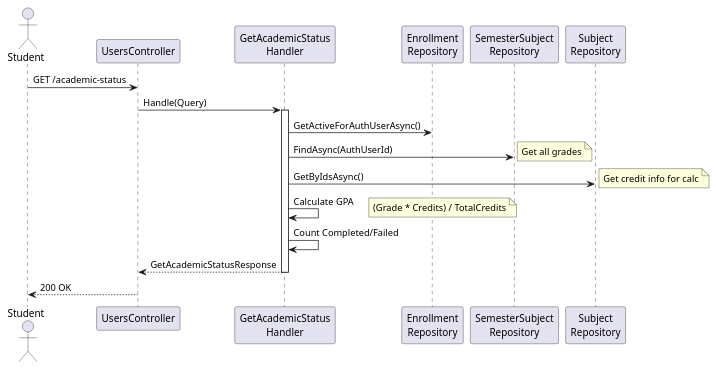
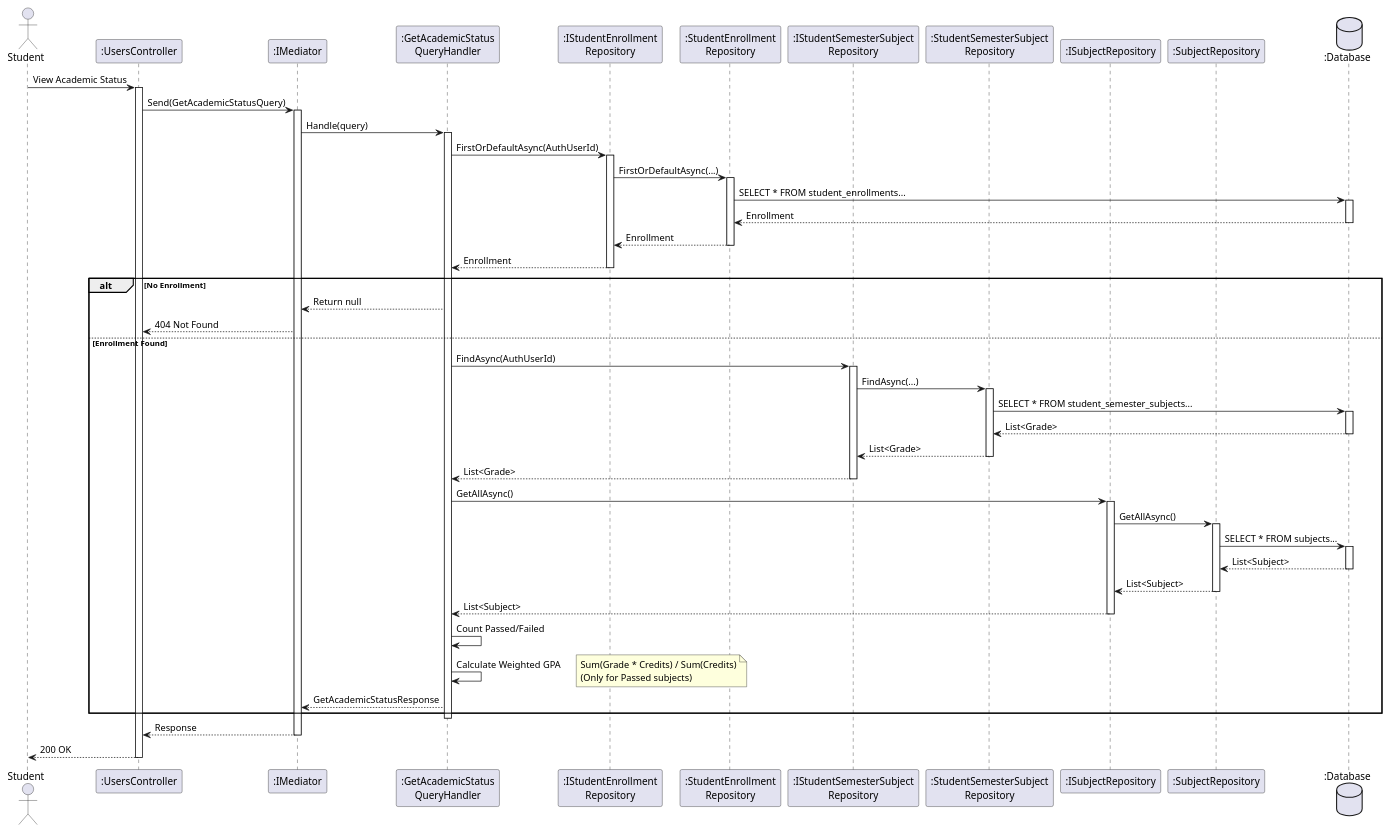
Before and after one commit to FA25SE050-RogueLearn/RogueLearn.BMAD.Documentation: the diagram in docs/srs/diagrams/sequence-diagram/user-progress-statistic/get-academic-status-seq.puml, drawn with PlantUML. The commit also changed other lines of this file and 21 other files, not shown here.

```diff
--- a/docs/srs/diagrams/sequence-diagram/user-progress-statistic/get-academic-status-seq.puml
+++ b/docs/srs/diagrams/sequence-diagram/user-progress-statistic/get-academic-status-seq.puml
@@ -2,30 +1,86 @@
 @startuml
 actor Student
-participant "UsersController" as Controller
-participant "GetAcademicStatus\nHandler" as Handler
-participant "Enrollment\nRepository" as EnrollDB
-participant "SemesterSubject\nRepository" as GradeDB
-participant "Subject\nRepository" as SubjectDB
+participant ":UsersController" as Controller
+participant ":IMediator" as Med
+participant ":GetAcademicStatus\nQueryHandler" as Handler
+participant ":IStudentEnrollment\nRepository" as EnrollRepo
+participant ":StudentEnrollment\nRepository" as EnrollRepoImpl
+participant ":IStudentSemesterSubject\nRepository" as GradeRepo
+participant ":StudentSemesterSubject\nRepository" as GradeRepoImpl
+participant ":ISubjectRepository" as SubjectRepo
+participant ":SubjectRepository" as SubjectRepoImpl
+database ":Database" as DB
 
-Student -> Controller : GET /academic-status
-Controller -> Handler : Handle(Query)
+Student -> Controller : View Academic Status
+activate Controller
 
+Controller -> Med : Send(GetAcademicStatusQuery)
+activate Med
+
+Med -> Handler : Handle(query)
 activate Handler
-    Handler -> EnrollDB : GetActiveForAuthUserAsync()
-    
-    Handler -> GradeDB : FindAsync(AuthUserId)
-    note right: Get all grades
-    
-    Handler -> SubjectDB : GetByIdsAsync()
-    note right: Get credit info for calc
-    
-    Handler -> Handler : Calculate GPA
-    note right: (Grade * Credits) / TotalCredits
-    
-    Handler -> Handler : Count Completed/Failed
-    
-    Handler --> Controller : GetAcademicStatusResponse
+
+' 1. Get Enrollment
+Handler -> EnrollRepo : FirstOrDefaultAsync(AuthUserId)
+activate EnrollRepo
+EnrollRepo -> EnrollRepoImpl : FirstOrDefaultAsync(...)
+activate EnrollRepoImpl
+EnrollRepoImpl -> DB : SELECT * FROM student_enrollments...
+activate DB
+DB --> EnrollRepoImpl : Enrollment
+deactivate DB
+EnrollRepoImpl --> EnrollRepo : Enrollment
+deactivate EnrollRepoImpl
+EnrollRepo --> Handler : Enrollment
+deactivate EnrollRepo
+
+alt No Enrollment
+    Handler --> Med : Return null
+    Med --> Controller : 404 Not Found
+else Enrollment Found
+    ' 2. Get Grades
+    Handler -> GradeRepo : FindAsync(AuthUserId)
+    activate GradeRepo
+    GradeRepo -> GradeRepoImpl : FindAsync(...)
+    activate GradeRepoImpl
+    GradeRepoImpl -> DB : SELECT * FROM student_semester_subjects...
+    activate DB
+    DB --> GradeRepoImpl : List<Grade>
+    deactivate DB
+    GradeRepoImpl --> GradeRepo : List<Grade>
+    deactivate GradeRepoImpl
+    GradeRepo --> Handler : List<Grade>
+    deactivate GradeRepo
+
+    ' 3. Get Credit Info
+    Handler -> SubjectRepo : GetAllAsync()
+    activate SubjectRepo
+    SubjectRepo -> SubjectRepoImpl : GetAllAsync()
+    activate SubjectRepoImpl
+    SubjectRepoImpl -> DB : SELECT * FROM subjects...
+    activate DB
+    DB --> SubjectRepoImpl : List<Subject>
+    deactivate DB
+    SubjectRepoImpl --> SubjectRepo : List<Subject>
+    deactivate SubjectRepoImpl
+    SubjectRepo --> Handler : List<Subject>
+    deactivate SubjectRepo
+
+    ' 4. Calculate Stats
+    Handler -> Handler : Count Passed/Failed
+    Handler -> Handler : Calculate Weighted GPA
+    note right
+        Sum(Grade * Credits) / Sum(Credits)
+        (Only for Passed subjects)
+    end note
+
+    Handler --> Med : GetAcademicStatusResponse
+end
+
 deactivate Handler
+Med --> Controller : Response
+deactivate Med
 
 Controller --> Student : 200 OK
+deactivate Controller
 @enduml
```
